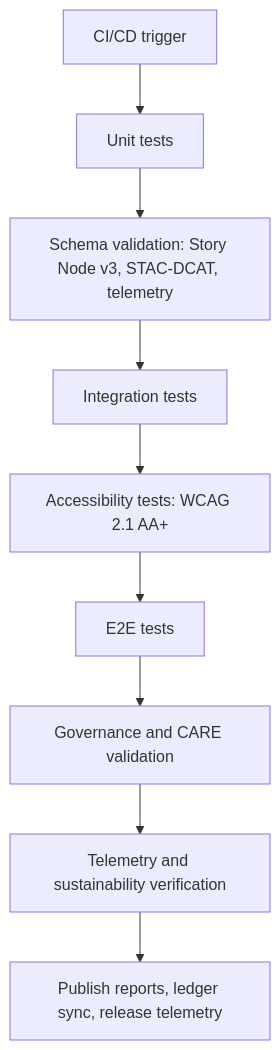
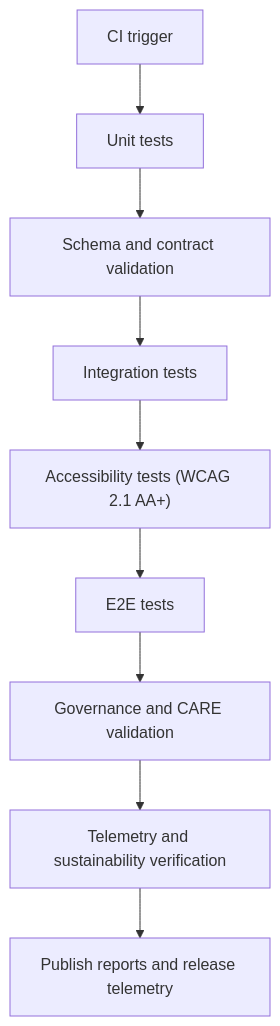
The diagram in tests/README.md (bartytime4life/Kansas-Frontier-Matrix), drawn with Mermaid before and after one commit. The commit also changed other lines of this file, not shown here.

```diff
--- a/tests/README.md
+++ b/tests/README.md
@@ -207,11 +191,11 @@
 ~~~mermaid
 flowchart TD
-  A["CI/CD trigger"] --> B["Unit tests"]
-  B --> C["Schema validation: Story Node v3, STAC-DCAT, telemetry"]
+  A["CI trigger"] --> B["Unit tests"]
+  B --> C["Schema and contract validation"]
   C --> D["Integration tests"]
-  D --> E["Accessibility tests: WCAG 2.1 AA+"]
+  D --> E["Accessibility tests (WCAG 2.1 AA+)"]
   E --> F["E2E tests"]
   F --> G["Governance and CARE validation"]
   G --> H["Telemetry and sustainability verification"]
-  H --> I["Publish reports, ledger sync, release telemetry"]
+  H --> I["Publish reports and release telemetry"]
 ~~~
```
